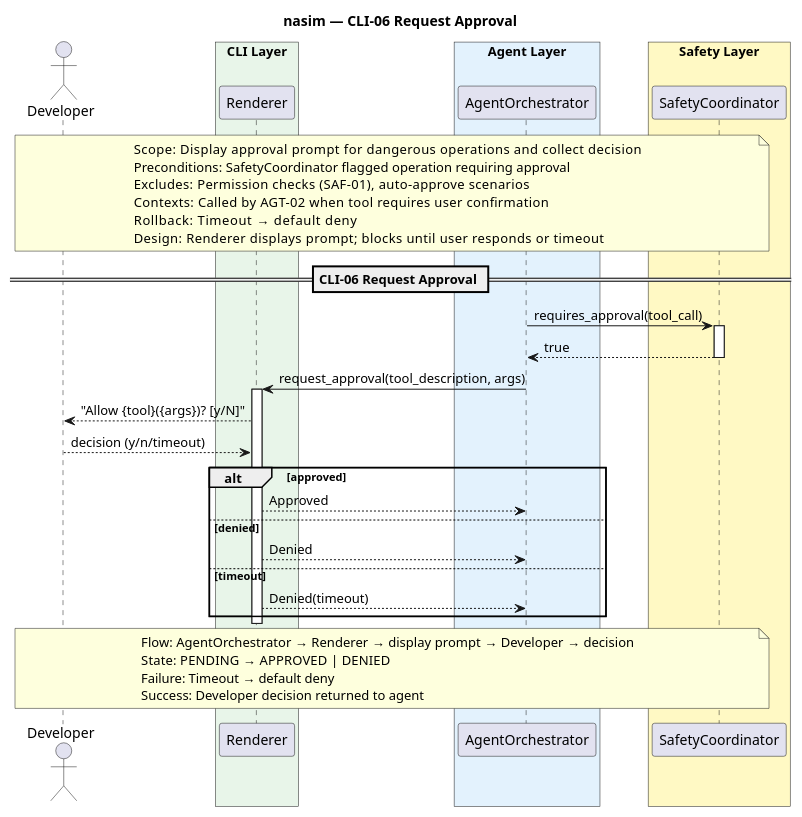
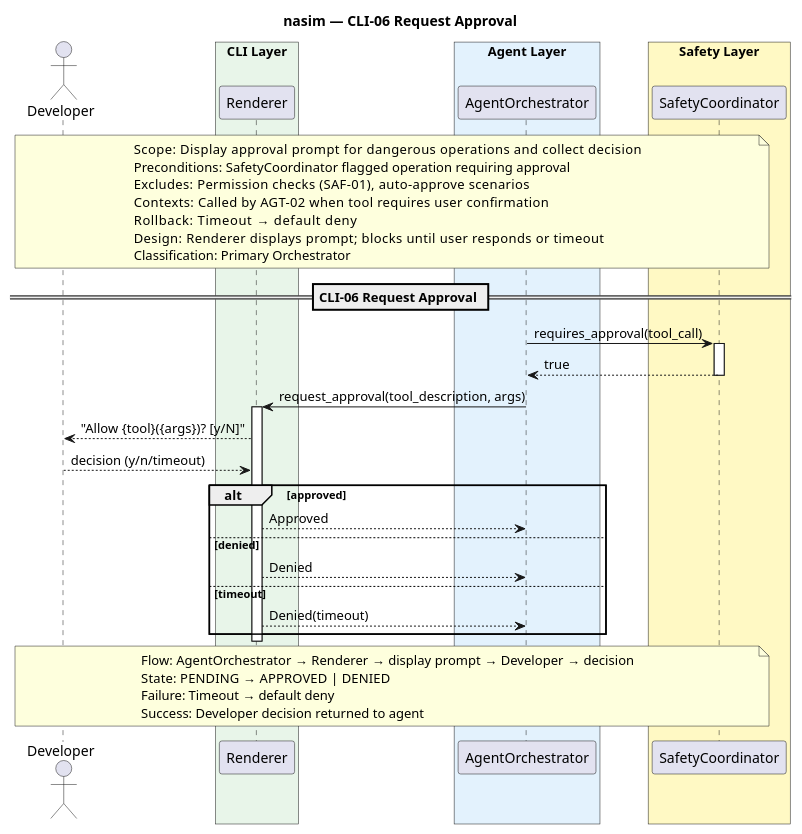
The diagram in docs/SQ/CLI/sq_cli06_request_approval.puml (salimnamvar/nasim), drawn with PlantUML before and after one commit. The commit also changed 153 other files, not shown here.

```diff
--- a/docs/SQ/CLI/sq_cli06_request_approval.puml
+++ b/docs/SQ/CLI/sq_cli06_request_approval.puml
@@ -1,65 +1,66 @@
 @startuml sq_cli06_request_approval
 ' ============================================================
 ' Title:     CLI-06 — Request Approval
 ' Boundary:  nasim code agent CLI
 ' Purpose:   Display approval prompt and collect developer decision
 ' Milestone: v1.0
 ' Version:   1.0.0
 ' Source:    docs/UC/README.md
-' Review:    docs/audit/audit.2026.06.20.sq-sm-chain.car.md
+' Review:    docs/SQ/README.md
 ' ============================================================
 
 title nasim — CLI-06 Request Approval
 
 actor "Developer" as user
 
 box "CLI Layer" #E8F5E9
   participant "Renderer" as renderer
 end box
 box "Agent Layer" #E3F2FD
   participant "AgentOrchestrator" as agent
 end box
 box "Safety Layer" #FFF9C4
   participant "SafetyCoordinator" as safety
 end box
 
 note over user, safety
   Scope:          Display approval prompt for dangerous operations and collect decision
   Preconditions:  SafetyCoordinator flagged operation requiring approval
   Excludes:       Permission checks (SAF-01), auto-approve scenarios
   Contexts:       Called by AGT-02 when tool requires user confirmation
   Rollback:       Timeout → default deny
   Design:         Renderer displays prompt; blocks until user responds or timeout
+  Classification: Primary Orchestrator
 end note
 
 == CLI-06 Request Approval ==
 
 agent -> safety : requires_approval(tool_call)
 activate safety
 safety --> agent : true
 deactivate safety
 
 agent -> renderer : request_approval(tool_description, args)
 activate renderer
 
 renderer --> user : "Allow {tool}({args})? [y/N]"
 user --> renderer : decision (y/n/timeout)
 
 alt approved
     renderer --> agent : Approved
 else denied
     renderer --> agent : Denied
 else timeout
     renderer --> agent : Denied(timeout)
 end
 
 deactivate renderer
 
 note over user, safety
   Flow:    AgentOrchestrator → Renderer → display prompt → Developer → decision
   State:   PENDING → APPROVED | DENIED
   Failure: Timeout → default deny
   Success: Developer decision returned to agent
 end note
 
 @enduml
```
